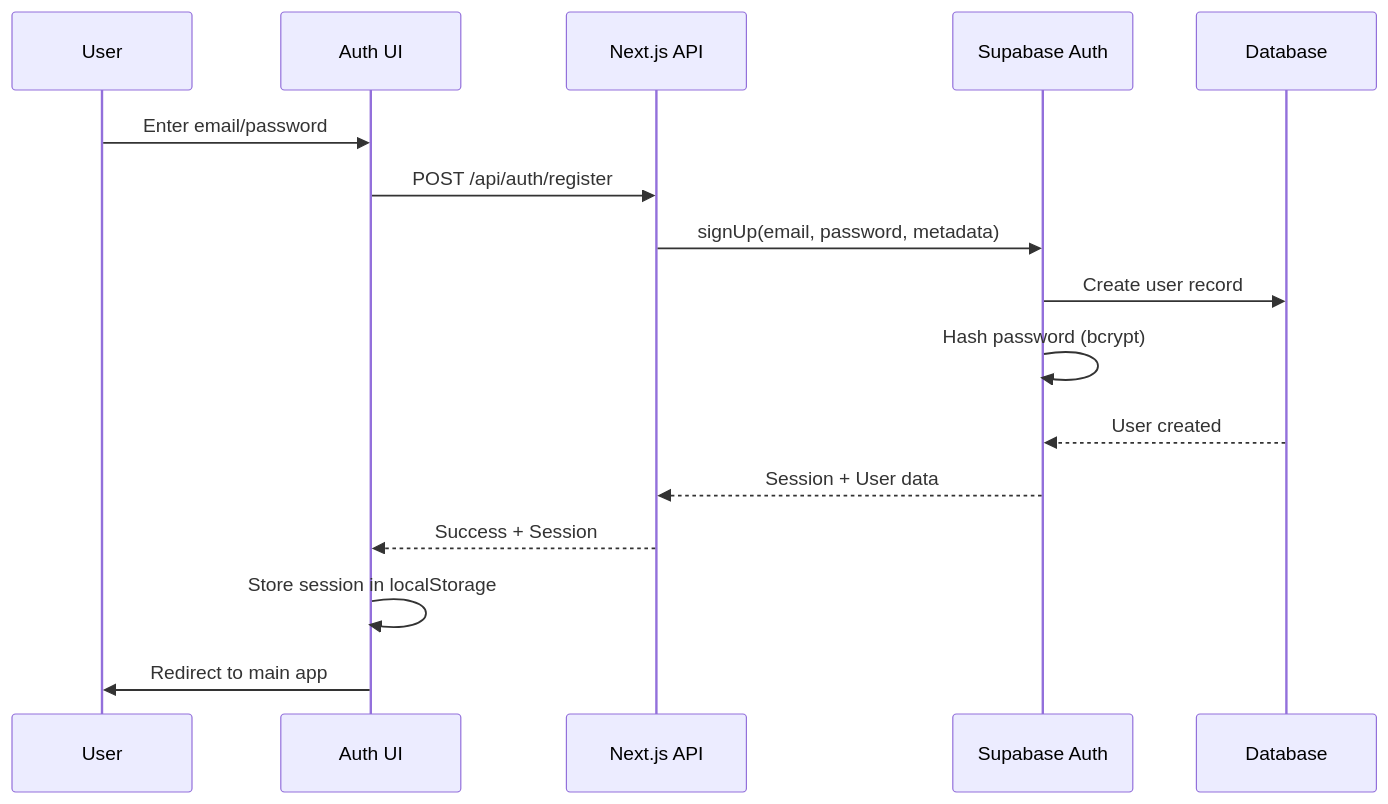
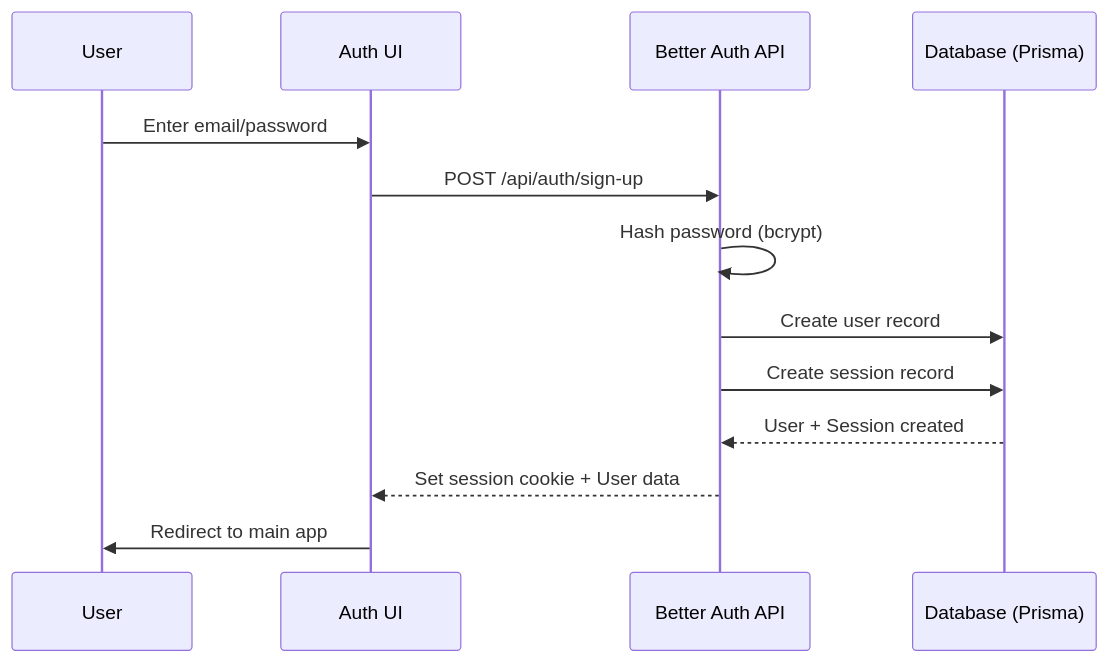
Before and after one commit to ahmadfadhil621/e-kost: the second of 3 diagrams in specs/user-authentication/design.md, drawn with Mermaid. The commit also changed other lines of this file and 19 other files, not shown here.

First line of the commit message:
docs: replace Supabase Auth with Better Auth across all specs

````diff
--- a/specs/user-authentication/design.md
+++ b/specs/user-authentication/design.md
@@ -38,19 +38,16 @@
 ```mermaid
 sequenceDiagram
     participant U as User
     participant UI as Auth UI
-    participant API as Next.js API
-    participant SA as Supabase Auth
-    participant DB as Database
+    participant BA as Better Auth API
+    participant DB as Database (Prisma)
     
     U->>UI: Enter email/password
-    UI->>API: POST /api/auth/register
-    API->>SA: signUp(email, password, metadata)
-    SA->>DB: Create user record
-    SA->>SA: Hash password (bcrypt)
-    DB-->>SA: User created
-    SA-->>API: Session + User data
-    API-->>UI: Success + Session
-    UI->>UI: Store session in localStorage
+    UI->>BA: POST /api/auth/sign-up
+    BA->>BA: Hash password (bcrypt)
+    BA->>DB: Create user record
+    BA->>DB: Create session record
+    DB-->>BA: User + Session created
+    BA-->>UI: Set session cookie + User data
     UI->>U: Redirect to main app
 ```
````
